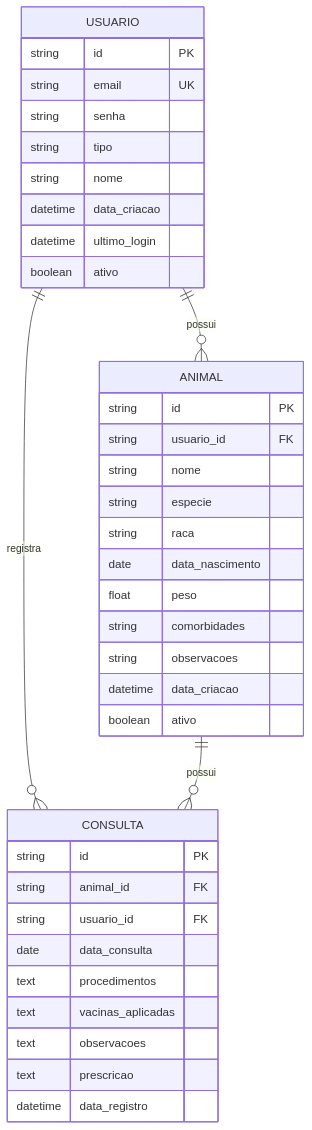
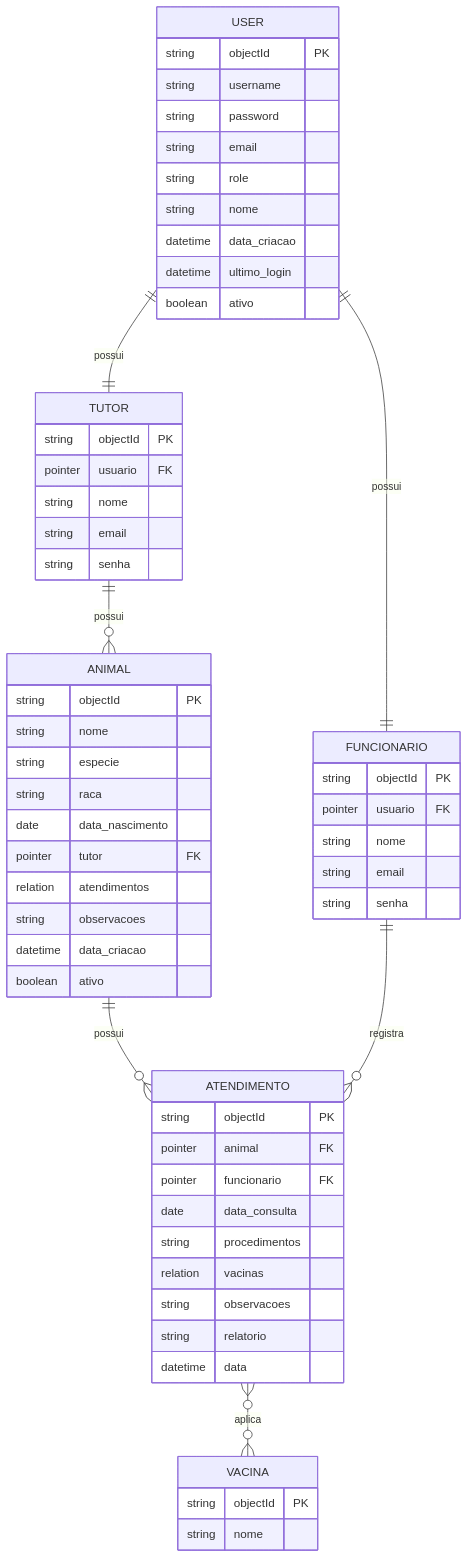
One commit to vg706/gestao-pet changed the diagram in docs/database/database_model.md. Above: the diagram before and after it, drawn with Mermaid. The commit also changed other lines of this file and 16 other files, not shown here.

````diff
--- a/docs/database/database_model.md
+++ b/docs/database/database_model.md
@@ -6,43 +19,68 @@
 ```mermaid
 erDiagram
-    USUARIO ||--o{ ANIMAL : possui
-    USUARIO ||--o{ CONSULTA : registra
-    ANIMAL ||--o{ CONSULTA : possui
-    
-    USUARIO {
-        string id PK
-        string email UK
-        string senha
-        string tipo
+    USER ||--|| TUTOR : possui
+    USER ||--|| FUNCIONARIO : possui
+
+    TUTOR ||--o{ ANIMAL : possui
+    ANIMAL ||--o{ ATENDIMENTO : possui
+    FUNCIONARIO ||--o{ ATENDIMENTO : registra
+    ATENDIMENTO }o--o{ VACINA : aplica
+
+    USER {
+        string objectId PK
+        string username
+        string password
+        string email
+        string role
         string nome
         datetime data_criacao
         datetime ultimo_login
         boolean ativo
     }
-    
+
+    TUTOR {
+        string objectId PK
+        pointer usuario FK
+        string nome
+        string email
+        string senha
+    }
+
+    FUNCIONARIO {
+        string objectId PK
+        pointer usuario FK
+        string nome
+        string email
+        string senha
+    }
+
     ANIMAL {
-        string id PK
-        string usuario_id FK
+        string objectId PK
         string nome
         string especie
         string raca
         date data_nascimento
-        float peso
-        string comorbidades
+        pointer tutor FK
+        relation atendimentos
         string observacoes
         datetime data_criacao
         boolean ativo
     }
-    
-    CONSULTA {
-        string id PK
-        string animal_id FK
-        string usuario_id FK
+
+    ATENDIMENTO {
+        string objectId PK
+        pointer animal FK
+        pointer funcionario FK
         date data_consulta
-        text procedimentos
-        text vacinas_aplicadas
-        text observacoes
-        text prescricao
-        datetime data_registro
+        string procedimentos
+        relation vacinas
+        string observacoes
+        string relatorio
+        datetime data
+    }
+
+    VACINA {
+        string objectId PK
+        string nome
     }
 ```
````
